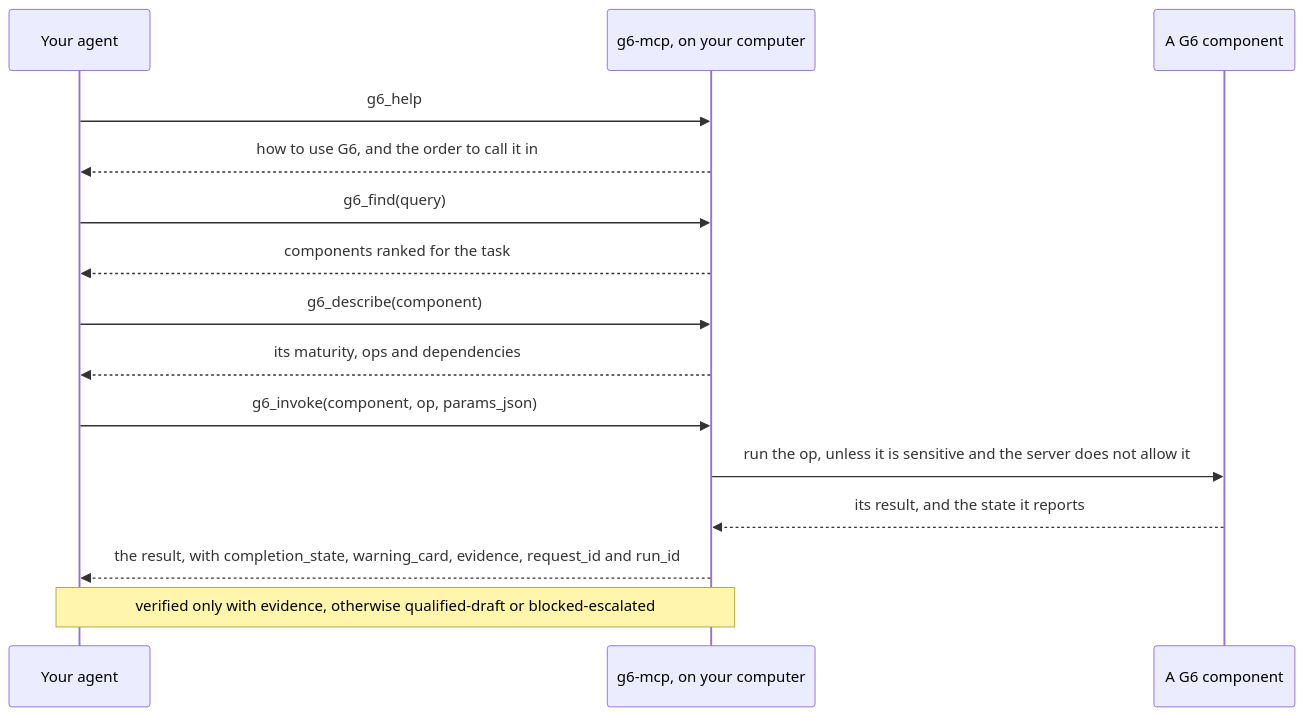
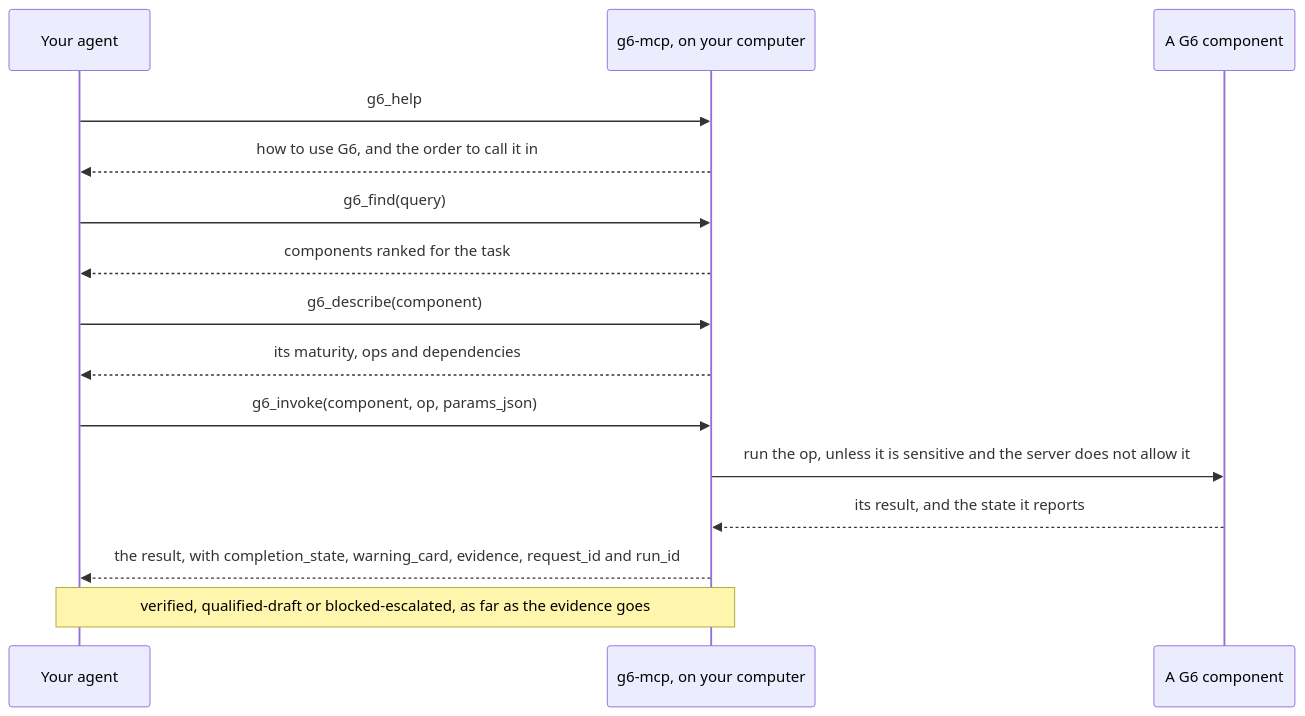
One commit to basicisabc1994/g6solver changed the eighth of 9 diagrams in web/content/guide.md. Above: the diagram before and after it, drawn with Mermaid. The commit also changed other lines of this file and 34 other files, not shown here.

````diff
--- a/web/content/guide.md
+++ b/web/content/guide.md
@@ -470,17 +470,17 @@
 ```mermaid How your coding agent calls G6 over MCP: find a component, describe it, run one op, and read the label on the reply.
 sequenceDiagram
     participant A as Your agent
     participant S as g6-mcp, on your computer
     participant C as A G6 component
     A->>S: g6_help
     S-->>A: how to use G6, and the order to call it in
     A->>S: g6_find(query)
     S-->>A: components ranked for the task
     A->>S: g6_describe(component)
     S-->>A: its maturity, ops and dependencies
     A->>S: g6_invoke(component, op, params_json)
     S->>C: run the op, unless it is sensitive and the server does not allow it
     C-->>S: its result, and the state it reports
     S-->>A: the result, with completion_state, warning_card, evidence, request_id and run_id
-    Note over A,S: verified only with evidence, otherwise qualified-draft or blocked-escalated
+    Note over A,S: verified, qualified-draft or blocked-escalated, as far as the evidence goes
 ```
````
